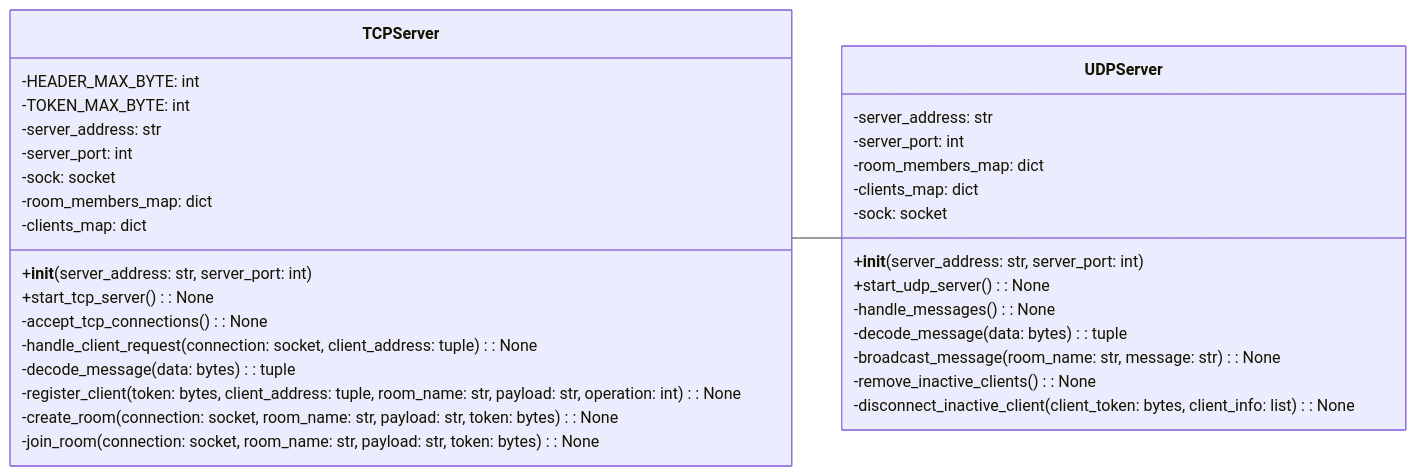
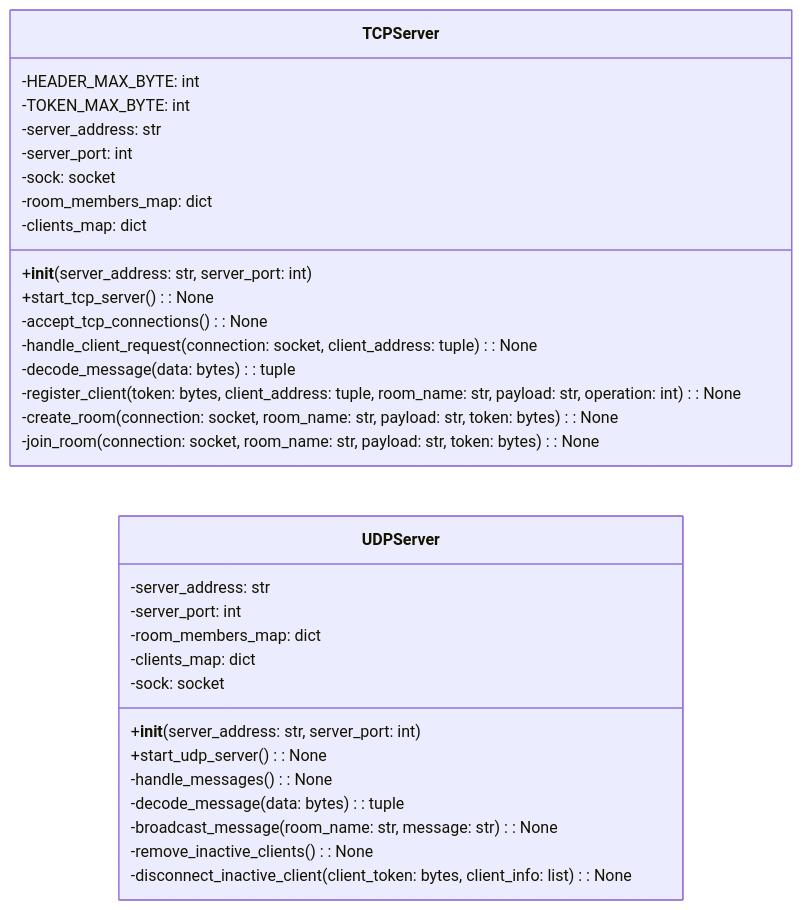
Before and after one commit to BackendExplorer/Multi-User-Chat-App: the first of 2 diagrams in README.md, drawn with Mermaid. The commit also changed other lines of this file, not shown here.

````diff
--- a/README.md
+++ b/README.md
@@ -62,39 +62,37 @@
 ```mermaid
 classDiagram
     direction LR
-
-    TCPServer -- UDPServer
 
     class TCPServer {
         -HEADER_MAX_BYTE: int
         -TOKEN_MAX_BYTE: int
         -server_address: str
         -server_port: int
         -sock: socket
         -room_members_map: dict
         -clients_map: dict
         +__init__(server_address: str, server_port: int)
         +start_tcp_server(): None
         -accept_tcp_connections(): None
         -handle_client_request(connection: socket, client_address: tuple): None
         -decode_message(data: bytes): tuple
         -register_client(token: bytes, client_address: tuple, room_name: str, payload: str, operation: int): None
         -create_room(connection: socket, room_name: str, payload: str, token: bytes): None
         -join_room(connection: socket, room_name: str, payload: str, token: bytes): None
     }
 
     class UDPServer {
         -server_address: str
         -server_port: int
         -room_members_map: dict
         -clients_map: dict
         -sock: socket
         +__init__(server_address: str, server_port: int)
         +start_udp_server(): None
         -handle_messages(): None
         -decode_message(data: bytes): tuple
         -broadcast_message(room_name: str, message: str): None
         -remove_inactive_clients(): None
         -disconnect_inactive_client(client_token: bytes, client_info: list): None
     }
 ```
````
